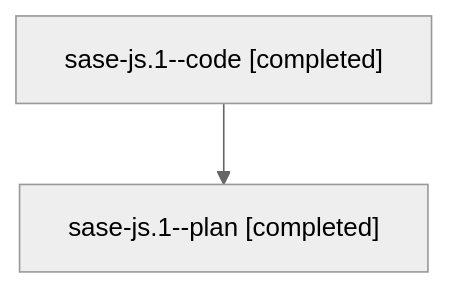
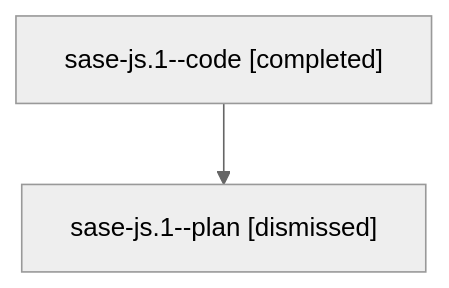
The diagram in families/bbugyi200.athena.sase-js.1.md (sase-org/sase--agents), drawn with Mermaid (neutral theme) before and after one commit. The commit also changed other lines of this file and 1163 other files, not shown here.

````diff
--- a/families/bbugyi200.athena.sase-js.1.md
+++ b/families/bbugyi200.athena.sase-js.1.md
@@ -9,6 +9,6 @@
 ```mermaid
 flowchart TD
   n0["sase-js.1--code [completed]"]
-  n1["sase-js.1--plan [completed]"]
+  n1["sase-js.1--plan [dismissed]"]
   n0 --> n1
 ```
````
